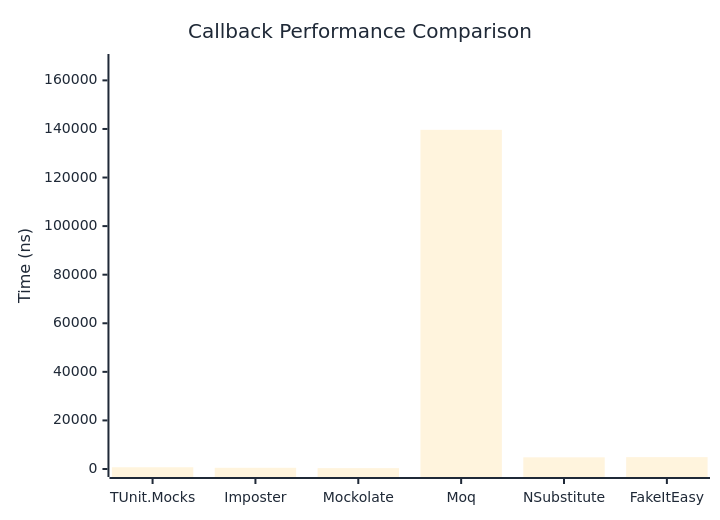
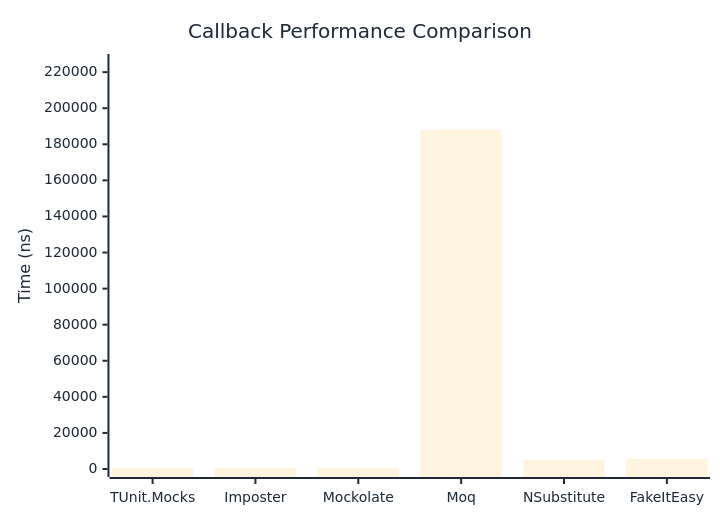
Before and after one commit to thomhurst/TUnit: the first of 2 diagrams in docs/docs/benchmarks/mocks/Callback.md, drawn with Mermaid. The commit also changed other lines of this file and 14 other files, not shown here.

````diff
--- a/docs/docs/benchmarks/mocks/Callback.md
+++ b/docs/docs/benchmarks/mocks/Callback.md
@@ -30,27 +30,27 @@
 ```mermaid
 %%{init: {
   'theme':'base',
   'themeVariables': {
     'primaryColor': '#2563eb',
     'primaryTextColor': '#1f2937',
     'primaryBorderColor': '#1e40af',
     'lineColor': '#6b7280',
     'secondaryColor': '#7c3aed',
     'tertiaryColor': '#dc2626',
     'background': '#ffffff',
     'pie1': '#2563eb',
     'pie2': '#7c3aed',
     'pie3': '#dc2626',
     'pie4': '#f59e0b',
     'pie5': '#10b981',
     'pie6': '#06b6d4',
     'pie7': '#ec4899',
     'pie8': '#6366f1'
   }
 }}%%
 xychart-beta
   title "Callback Performance Comparison"
   x-axis ["TUnit.Mocks", "Imposter", "Mockolate", "Moq", "NSubstitute", "FakeItEasy"]
-  y-axis "Time (ns)" 0 --> 167567
-  bar [719, 503.2, 358.8, 139638.9, 4802.5, 4891.2]
+  y-axis "Time (ns)" 0 --> 225622
+  bar [734.8, 524, 394.8, 188017.9, 5127.3, 5644.8]
 ```
````
